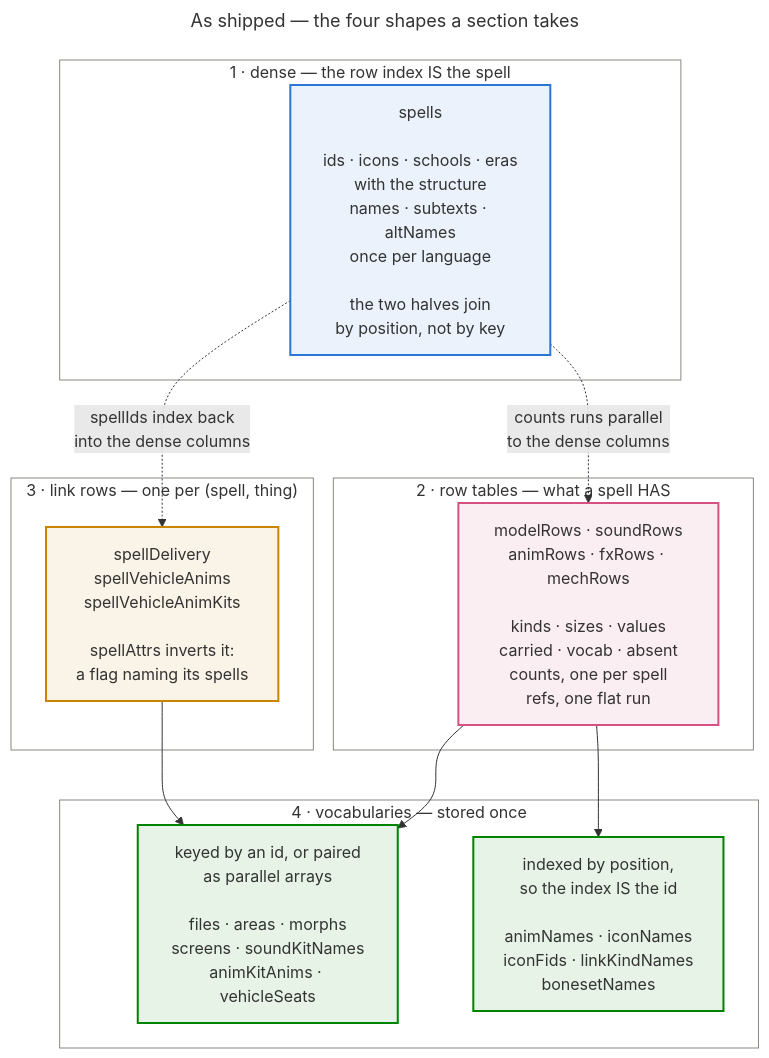
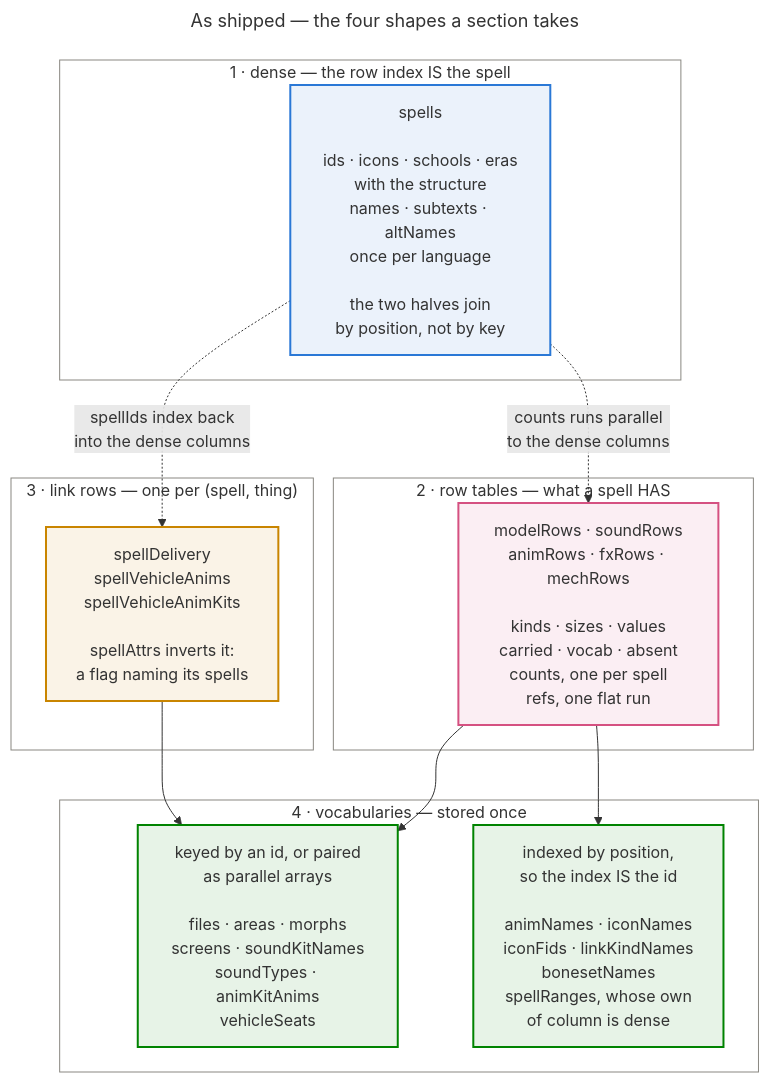
One commit to Natans8/Epsilook changed the sixth of 12 diagrams in docs/DATA_ROUTES.md. Above: the diagram before and after it, drawn with Mermaid. The commit also changed other lines of this file and 86 other files, not shown here.

````diff
--- a/docs/DATA_ROUTES.md
+++ b/docs/DATA_ROUTES.md
@@ -521,50 +521,50 @@
 ```mermaid
 ---
 title: As shipped — the four shapes a section takes
 ---
 flowchart TD
     accTitle: The pack's four section shapes
     accDescr {
       One dense section is indexed by spell, and it is split across modules so a language
       is one file rather than a second copy of every id. Five row tables pool the distinct rows a
       spell can have more than one of and reference them per spell. Four link sections carry one
       row per spell and payload. Everything else is a vocabulary stored once and pointed into,
       either keyed by an id or indexed by its own position.
     }
 
     subgraph A["1 · dense — the row index IS the spell"]
         A1["spells<br/><br/>ids · icons · schools · eras<br/>with the structure<br/>names · subtexts · altNames<br/>once per language<br/><br/>the two halves join<br/>by position, not by key"]
     end
     subgraph R["2 · row tables — what a spell HAS"]
         R1["modelRows · soundRows<br/>animRows · fxRows · mechRows<br/><br/>kinds · sizes · values<br/>carried · vocab · absent<br/>counts, one per spell<br/>refs, one flat run"]
     end
     subgraph B["3 · link rows — one per (spell, thing)"]
         B1["spellDelivery<br/>spellVehicleAnims<br/>spellVehicleAnimKits<br/><br/>spellAttrs inverts it:<br/>a flag naming its spells"]
     end
     subgraph C["4 · vocabularies — stored once"]
-        C1["keyed by an id, or paired<br/>as parallel arrays<br/><br/>files · areas · morphs<br/>screens · soundKitNames<br/>animKitAnims · vehicleSeats"]
-        C2["indexed by position,<br/>so the index IS the id<br/><br/>animNames · iconNames<br/>iconFids · linkKindNames<br/>bonesetNames"]
+        C1["keyed by an id, or paired<br/>as parallel arrays<br/><br/>files · areas · morphs<br/>screens · soundKitNames<br/>soundTypes · animKitAnims<br/>vehicleSeats"]
+        C2["indexed by position,<br/>so the index IS the id<br/><br/>animNames · iconNames<br/>iconFids · linkKindNames<br/>bonesetNames<br/>spellRanges, whose own<br/>of column is dense"]
     end
 
     A1 -."counts runs parallel<br/>to the dense columns".-> R1
     A1 -."spellIds index back<br/>into the dense columns".-> B1
     R1 --> C1
     R1 --> C2
     B1 --> C1
 
     %% Same four validated hues as the pipeline diagram, in the same slot order;
     %% here they group section shapes rather than pipeline stages, and each
     %% subgraph title names its group so the colour is never the only signal.
     %% The groups themselves are drawn as a hairline on no fill, so the page's
     %% own background shows through whichever theme it is.
     classDef dense fill:#2a78d618,stroke:#2a78d6,stroke-width:2px
     classDef row fill:#d5518118,stroke:#d55181,stroke-width:2px
     classDef link fill:#c9850018,stroke:#c98500,stroke-width:2px
     classDef value fill:#00830018,stroke:#008300,stroke-width:2px
     classDef group fill:none,stroke:#898781,stroke-width:1px
     class A1 dense
     class R1 row
     class B1 link
     class C1,C2 value
     class A,R,B,C group
 ```
````
